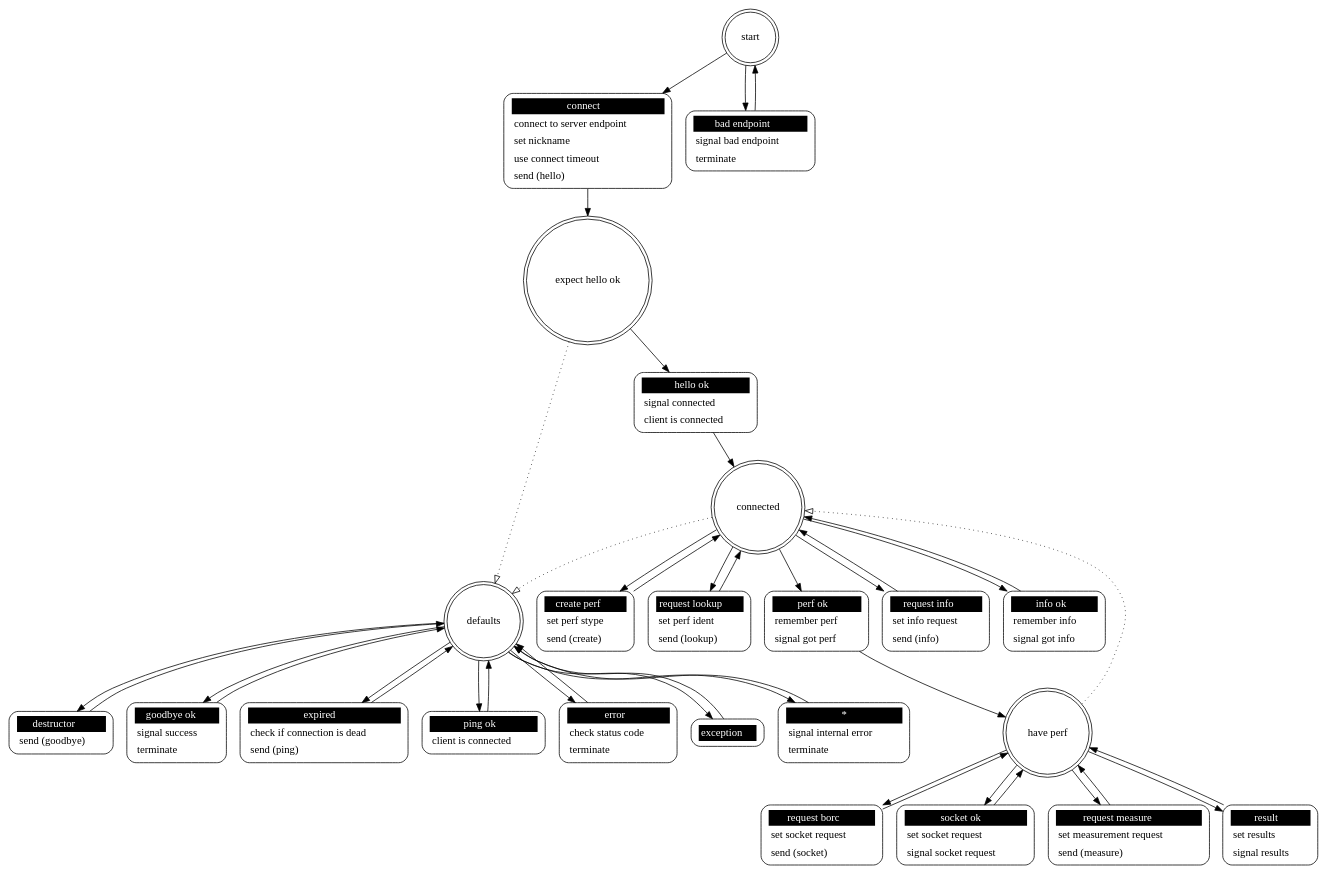
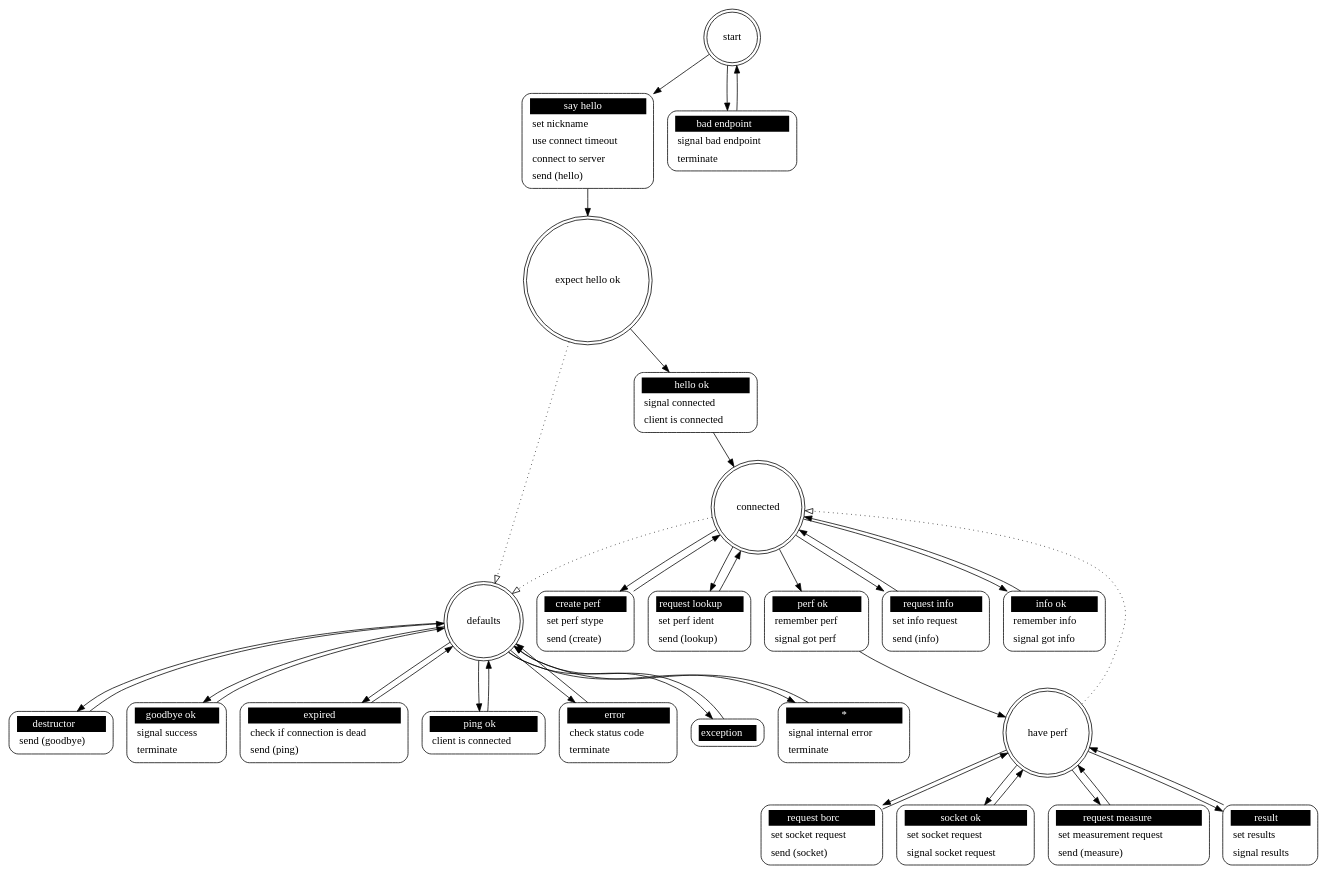
Before and after one commit to brettviren/zperfmq: the diagram in src/zperf_client.dot, drawn with Graphviz. The commit also changed 5 other files, not shown here.

```diff
--- a/src/zperf_client.dot
+++ b/src/zperf_client.dot
@@ -1,73 +1,73 @@
 ## Automatically generated from zperf_client.xml by gsl
 digraph "zperf_client" {
  "expect hello ok" -> "defaults" [style=dotted,arrowhead=empty]
  "connected" -> "defaults" [style=dotted,arrowhead=empty]
  "have perf" -> "connected" [style=dotted,arrowhead=empty]
 
  "start" [shape = "doublecircle"];
- "start connect" [shape = "Mrecord" style = solid label = <<table border="0" cellborder="0" cellpadding="3" bgcolor="white"><tr><td bgcolor="black" align="center" colspan="2"><font color="white">connect</font></td></tr><tr><td align="left" port="r3">connect to server endpoint</td></tr><tr><td align="left" port="r3">set nickname</td></tr><tr><td align="left" port="r3">use connect timeout</td></tr><tr><td align="left" port="r3">send (hello)</td></tr></table>>];
- "start" -> "start connect";
- "start connect" -> "expect hello ok";
+ "start say hello" [shape = "Mrecord" style = solid label = <<table border="0" cellborder="0" cellpadding="3" bgcolor="white"><tr><td bgcolor="black" align="center" colspan="2"><font color="white">say hello</font></td></tr><tr><td align="left" port="r3">set nickname</td></tr><tr><td align="left" port="r3">use connect timeout</td></tr><tr><td align="left" port="r3">connect to server</td></tr><tr><td align="left" port="r3">send (hello)</td></tr></table>>];
+ "start" -> "start say hello";
+ "start say hello" -> "expect hello ok";
  "start bad endpoint" [shape = "Mrecord" style = solid label = <<table border="0" cellborder="0" cellpadding="3" bgcolor="white"><tr><td bgcolor="black" align="center" colspan="2"><font color="white">bad endpoint</font></td></tr><tr><td align="left" port="r3">signal bad endpoint</td></tr><tr><td align="left" port="r3">terminate</td></tr></table>>];
  "start" -> "start bad endpoint";
  "start bad endpoint" -> "start";
 
  "expect hello ok" [shape = "doublecircle"];
  "expect hello ok hello ok" [shape = "Mrecord" style = solid label = <<table border="0" cellborder="0" cellpadding="3" bgcolor="white"><tr><td bgcolor="black" align="center" colspan="2"><font color="white">hello ok</font></td></tr><tr><td align="left" port="r3">signal connected</td></tr><tr><td align="left" port="r3">client is connected</td></tr></table>>];
  "expect hello ok" -> "expect hello ok hello ok";
  "expect hello ok hello ok" -> "connected";
 
  "connected" [shape = "doublecircle"];
  "connected create perf" [shape = "Mrecord" style = solid label = <<table border="0" cellborder="0" cellpadding="3" bgcolor="white"><tr><td bgcolor="black" align="center" colspan="2"><font color="white">create perf</font></td></tr><tr><td align="left" port="r3">set perf stype</td></tr><tr><td align="left" port="r3">send (create)</td></tr></table>>];
  "connected" -> "connected create perf";
  "connected create perf" -> "connected";
  "connected request lookup" [shape = "Mrecord" style = solid label = <<table border="0" cellborder="0" cellpadding="3" bgcolor="white"><tr><td bgcolor="black" align="center" colspan="2"><font color="white">request lookup</font></td></tr><tr><td align="left" port="r3">set perf ident</td></tr><tr><td align="left" port="r3">send (lookup)</td></tr></table>>];
  "connected" -> "connected request lookup";
  "connected request lookup" -> "connected";
  "connected perf ok" [shape = "Mrecord" style = solid label = <<table border="0" cellborder="0" cellpadding="3" bgcolor="white"><tr><td bgcolor="black" align="center" colspan="2"><font color="white">perf ok</font></td></tr><tr><td align="left" port="r3">remember perf</td></tr><tr><td align="left" port="r3">signal got perf</td></tr></table>>];
  "connected" -> "connected perf ok";
  "connected perf ok" -> "have perf";
  "connected request info" [shape = "Mrecord" style = solid label = <<table border="0" cellborder="0" cellpadding="3" bgcolor="white"><tr><td bgcolor="black" align="center" colspan="2"><font color="white">request info</font></td></tr><tr><td align="left" port="r3">set info request</td></tr><tr><td align="left" port="r3">send (info)</td></tr></table>>];
  "connected" -> "connected request info";
  "connected request info" -> "connected";
  "connected info ok" [shape = "Mrecord" style = solid label = <<table border="0" cellborder="0" cellpadding="3" bgcolor="white"><tr><td bgcolor="black" align="center" colspan="2"><font color="white">info ok</font></td></tr><tr><td align="left" port="r3">remember info</td></tr><tr><td align="left" port="r3">signal got info</td></tr></table>>];
  "connected" -> "connected info ok";
  "connected info ok" -> "connected";
 
  "have perf" [shape = "doublecircle"];
  "have perf request borc" [shape = "Mrecord" style = solid label = <<table border="0" cellborder="0" cellpadding="3" bgcolor="white"><tr><td bgcolor="black" align="center" colspan="2"><font color="white">request borc</font></td></tr><tr><td align="left" port="r3">set socket request</td></tr><tr><td align="left" port="r3">send (socket)</td></tr></table>>];
  "have perf" -> "have perf request borc";
  "have perf request borc" -> "have perf";
  "have perf socket ok" [shape = "Mrecord" style = solid label = <<table border="0" cellborder="0" cellpadding="3" bgcolor="white"><tr><td bgcolor="black" align="center" colspan="2"><font color="white">socket ok</font></td></tr><tr><td align="left" port="r3">set socket request</td></tr><tr><td align="left" port="r3">signal socket request</td></tr></table>>];
  "have perf" -> "have perf socket ok";
  "have perf socket ok" -> "have perf";
  "have perf request measure" [shape = "Mrecord" style = solid label = <<table border="0" cellborder="0" cellpadding="3" bgcolor="white"><tr><td bgcolor="black" align="center" colspan="2"><font color="white">request measure</font></td></tr><tr><td align="left" port="r3">set measurement request</td></tr><tr><td align="left" port="r3">send (measure)</td></tr></table>>];
  "have perf" -> "have perf request measure";
  "have perf request measure" -> "have perf";
  "have perf result" [shape = "Mrecord" style = solid label = <<table border="0" cellborder="0" cellpadding="3" bgcolor="white"><tr><td bgcolor="black" align="center" colspan="2"><font color="white">result</font></td></tr><tr><td align="left" port="r3">set results</td></tr><tr><td align="left" port="r3">signal results</td></tr></table>>];
  "have perf" -> "have perf result";
  "have perf result" -> "have perf";
 
  "defaults" [shape = "doublecircle"];
  "defaults destructor" [shape = "Mrecord" style = solid label = <<table border="0" cellborder="0" cellpadding="3" bgcolor="white"><tr><td bgcolor="black" align="center" colspan="2"><font color="white">destructor</font></td></tr><tr><td align="left" port="r3">send (goodbye)</td></tr></table>>];
  "defaults" -> "defaults destructor";
  "defaults destructor" -> "defaults";
  "defaults goodbye ok" [shape = "Mrecord" style = solid label = <<table border="0" cellborder="0" cellpadding="3" bgcolor="white"><tr><td bgcolor="black" align="center" colspan="2"><font color="white">goodbye ok</font></td></tr><tr><td align="left" port="r3">signal success</td></tr><tr><td align="left" port="r3">terminate</td></tr></table>>];
  "defaults" -> "defaults goodbye ok";
  "defaults goodbye ok" -> "defaults";
  "defaults expired" [shape = "Mrecord" style = solid label = <<table border="0" cellborder="0" cellpadding="3" bgcolor="white"><tr><td bgcolor="black" align="center" colspan="2"><font color="white">expired</font></td></tr><tr><td align="left" port="r3">check if connection is dead</td></tr><tr><td align="left" port="r3">send (ping)</td></tr></table>>];
  "defaults" -> "defaults expired";
  "defaults expired" -> "defaults";
  "defaults ping ok" [shape = "Mrecord" style = solid label = <<table border="0" cellborder="0" cellpadding="3" bgcolor="white"><tr><td bgcolor="black" align="center" colspan="2"><font color="white">ping ok</font></td></tr><tr><td align="left" port="r3">client is connected</td></tr></table>>];
  "defaults" -> "defaults ping ok";
  "defaults ping ok" -> "defaults";
  "defaults error" [shape = "Mrecord" style = solid label = <<table border="0" cellborder="0" cellpadding="3" bgcolor="white"><tr><td bgcolor="black" align="center" colspan="2"><font color="white">error</font></td></tr><tr><td align="left" port="r3">check status code</td></tr><tr><td align="left" port="r3">terminate</td></tr></table>>];
  "defaults" -> "defaults error";
  "defaults error" -> "defaults";
  "defaults exception" [shape = "Mrecord" style = solid label = <<table border="0" cellborder="0" cellpadding="3" bgcolor="white"><tr><td bgcolor="black" align="center" colspan="2"><font color="white">exception</font></td></tr></table>>];
  "defaults" -> "defaults exception";
  "defaults exception" -> "defaults";
  "defaults *" [shape = "Mrecord" style = solid label = <<table border="0" cellborder="0" cellpadding="3" bgcolor="white"><tr><td bgcolor="black" align="center" colspan="2"><font color="white">*</font></td></tr><tr><td align="left" port="r3">signal internal error</td></tr><tr><td align="left" port="r3">terminate</td></tr></table>>];
  "defaults" -> "defaults *";
  "defaults *" -> "defaults";
 }
```
